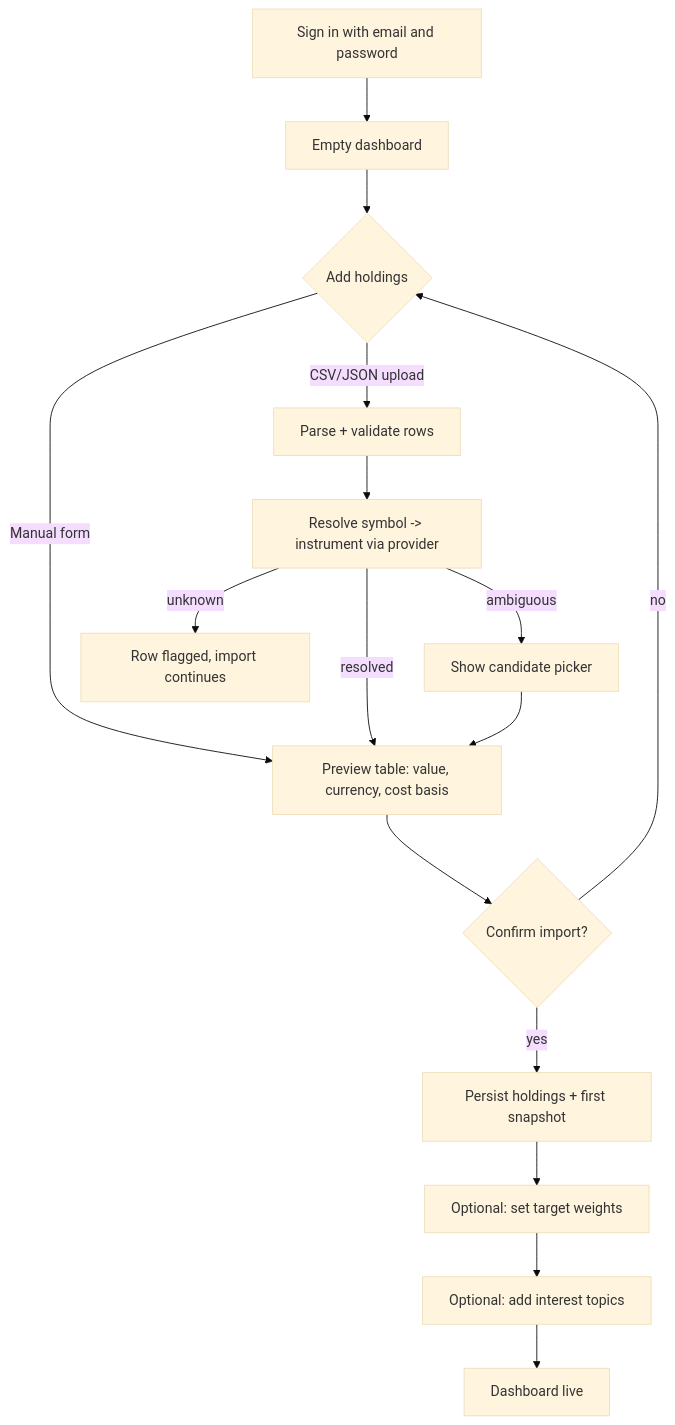
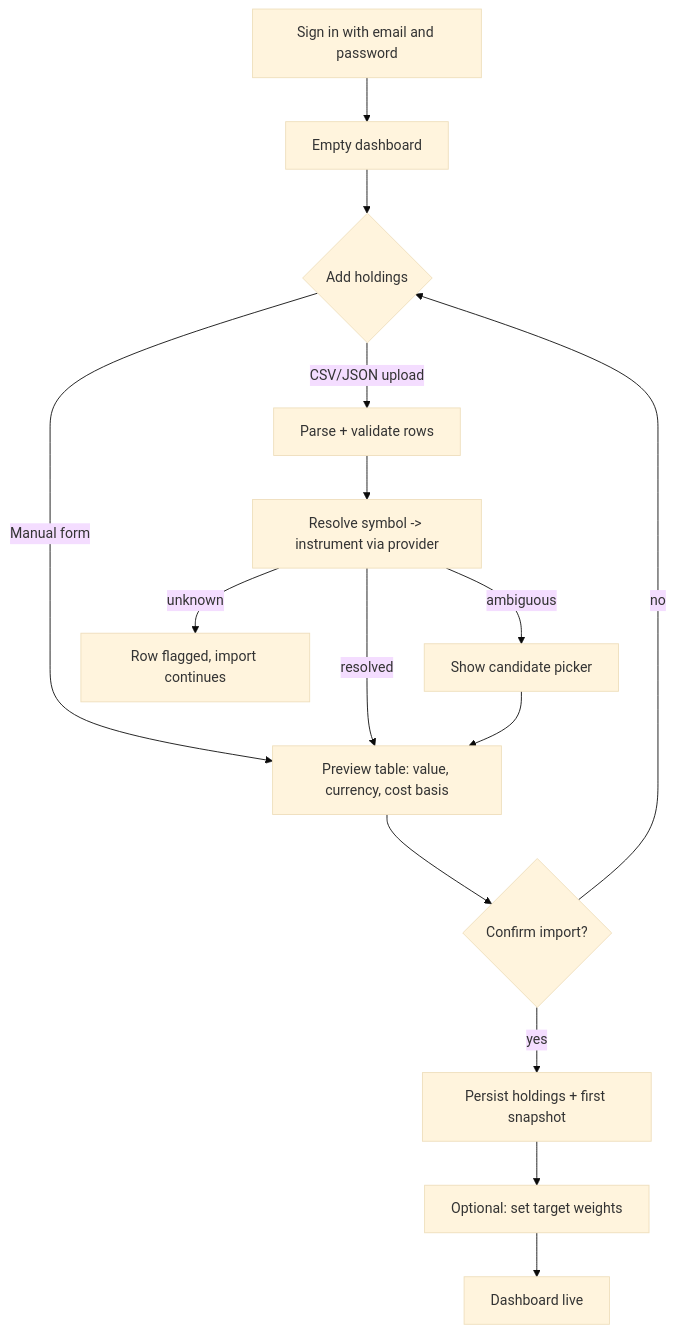
The first of 5 diagrams in docs/FLOWS.md (barakfisher/Trader), drawn with Mermaid (base theme) before and after one commit. The commit also changed other lines of this file and 163 other files, not shown here.

````diff
--- a/docs/FLOWS.md
+++ b/docs/FLOWS.md
@@ -10,18 +10,17 @@
 ```mermaid
 flowchart TD
   A[Sign in with email and password] --> B[Empty dashboard]
   B --> C{Add holdings}
   C -->|CSV/JSON upload| D[Parse + validate rows]
   C -->|Manual form| G
   D --> E[Resolve symbol -> instrument via provider]
   E -->|ambiguous| F[Show candidate picker]
   E -->|unknown| F2[Row flagged, import continues]
   E -->|resolved| G[Preview table: value, currency, cost basis]
   F --> G
   G --> H{Confirm import?}
   H -->|no| C
   H -->|yes| I[Persist holdings + first snapshot]
   I --> J[Optional: set target weights]
-  J --> K[Optional: add interest topics]
-  K --> L[Dashboard live]
+  J --> L[Dashboard live]
 ```
````
